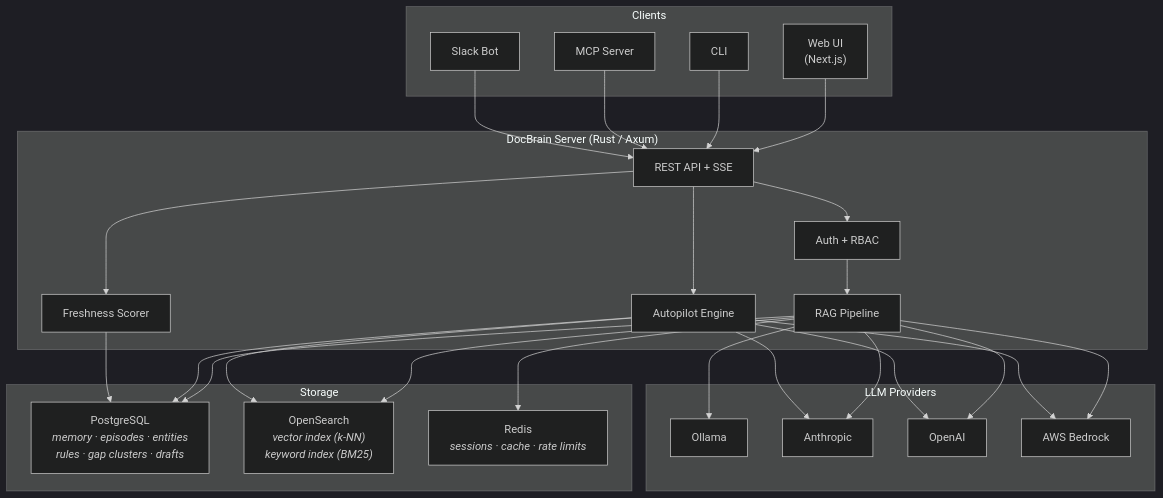
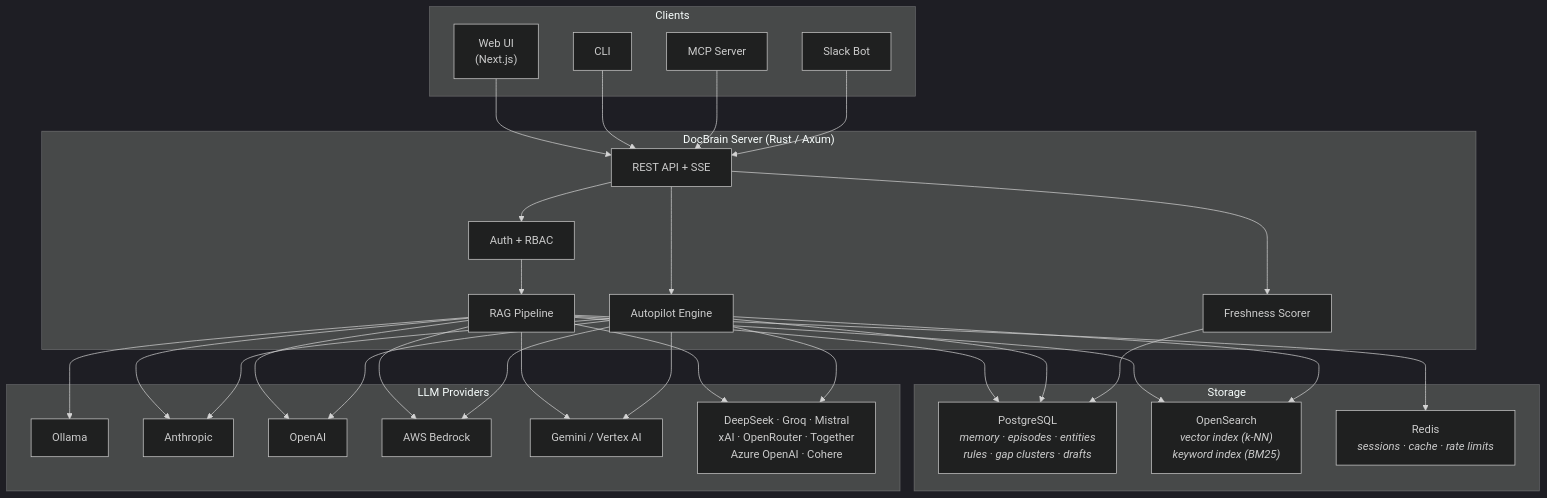
Before and after one commit to docbrain-ai/docbrain: the first of 2 diagrams in README.md, drawn with Mermaid (dark theme). The commit also changed other lines of this file and 5 other files, not shown here.

First line of the commit message:
feat: add 10 new LLM providers — Gemini, Vertex AI, DeepSeek, Groq, Mistral, xAI, Azure OpenAI, OpenRouter, Together AI, Cohere

````diff
--- a/README.md
+++ b/README.md
@@ -187,40 +197,42 @@
 ```mermaid
 graph TB
     subgraph "Clients"
         WEB["Web UI<br/>(Next.js)"]
         CLI["CLI"]
         MCP["MCP Server"]
         SLACK["Slack Bot"]
     end
 
     subgraph "DocBrain Server (Rust / Axum)"
         API["REST API + SSE"]
         AUTH["Auth + RBAC"]
         RAG["RAG Pipeline"]
         AUTO["Autopilot Engine"]
         FRESH["Freshness Scorer"]
     end
 
     subgraph "Storage"
         PG["PostgreSQL<br/><i>memory · episodes · entities<br/>rules · gap clusters · drafts</i>"]
         OS["OpenSearch<br/><i>vector index (k-NN)<br/>keyword index (BM25)</i>"]
         RD["Redis<br/><i>sessions · cache · rate limits</i>"]
     end
 
     subgraph "LLM Providers"
         OL["Ollama"]
         AN["Anthropic"]
         OA["OpenAI"]
         BR["AWS Bedrock"]
+        GM["Gemini / Vertex AI"]
+        DS["DeepSeek · Groq · Mistral<br/>xAI · OpenRouter · Together<br/>Azure OpenAI · Cohere"]
     end
 
     WEB & CLI & MCP & SLACK --> API
     API --> AUTH --> RAG
     API --> AUTO
     API --> FRESH
     RAG --> PG & OS & RD
-    RAG --> OL & AN & OA & BR
+    RAG --> OL & AN & OA & BR & GM & DS
     AUTO --> PG & OS
-    AUTO --> AN & OA & BR
+    AUTO --> AN & OA & BR & GM & DS
     FRESH --> PG
 ```
````
